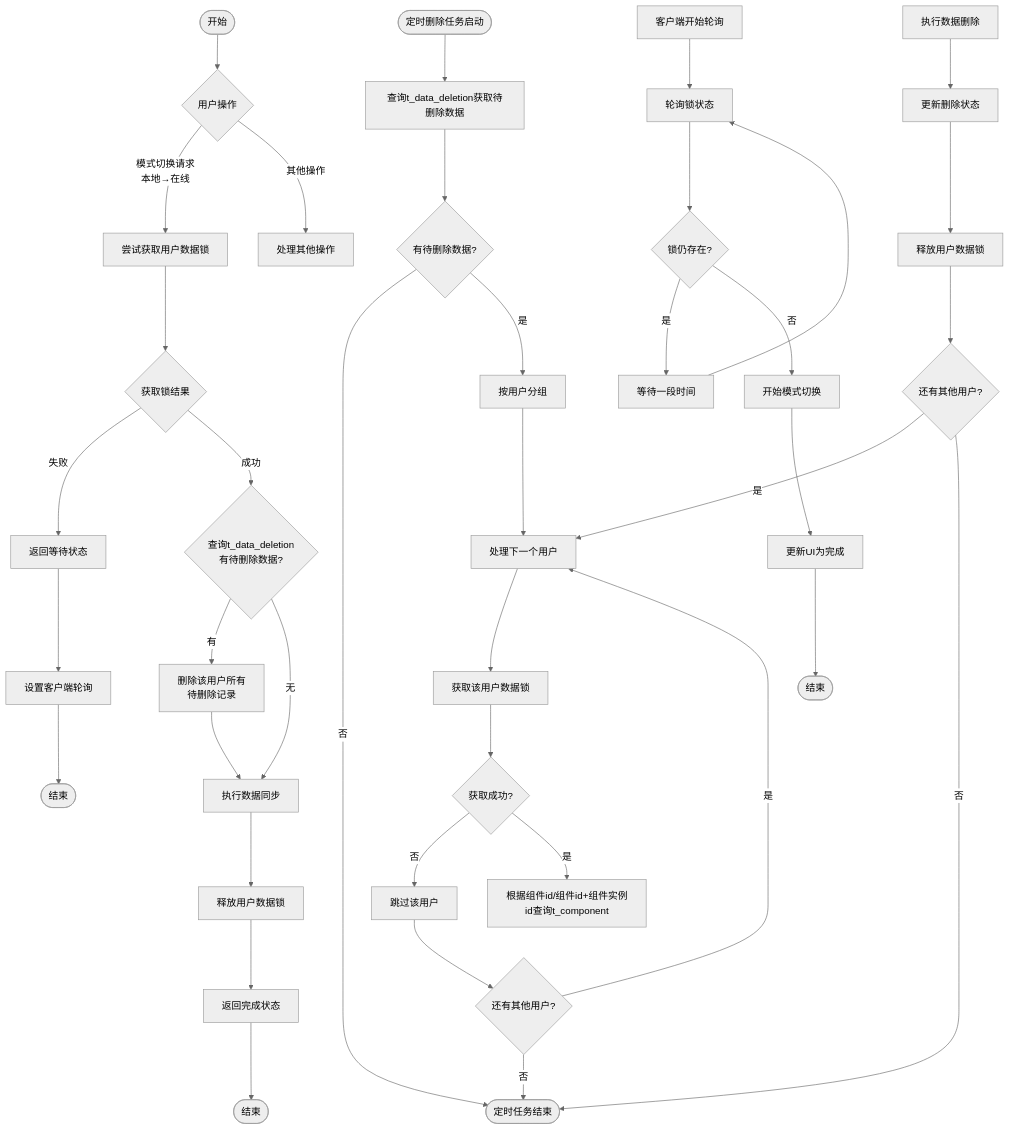
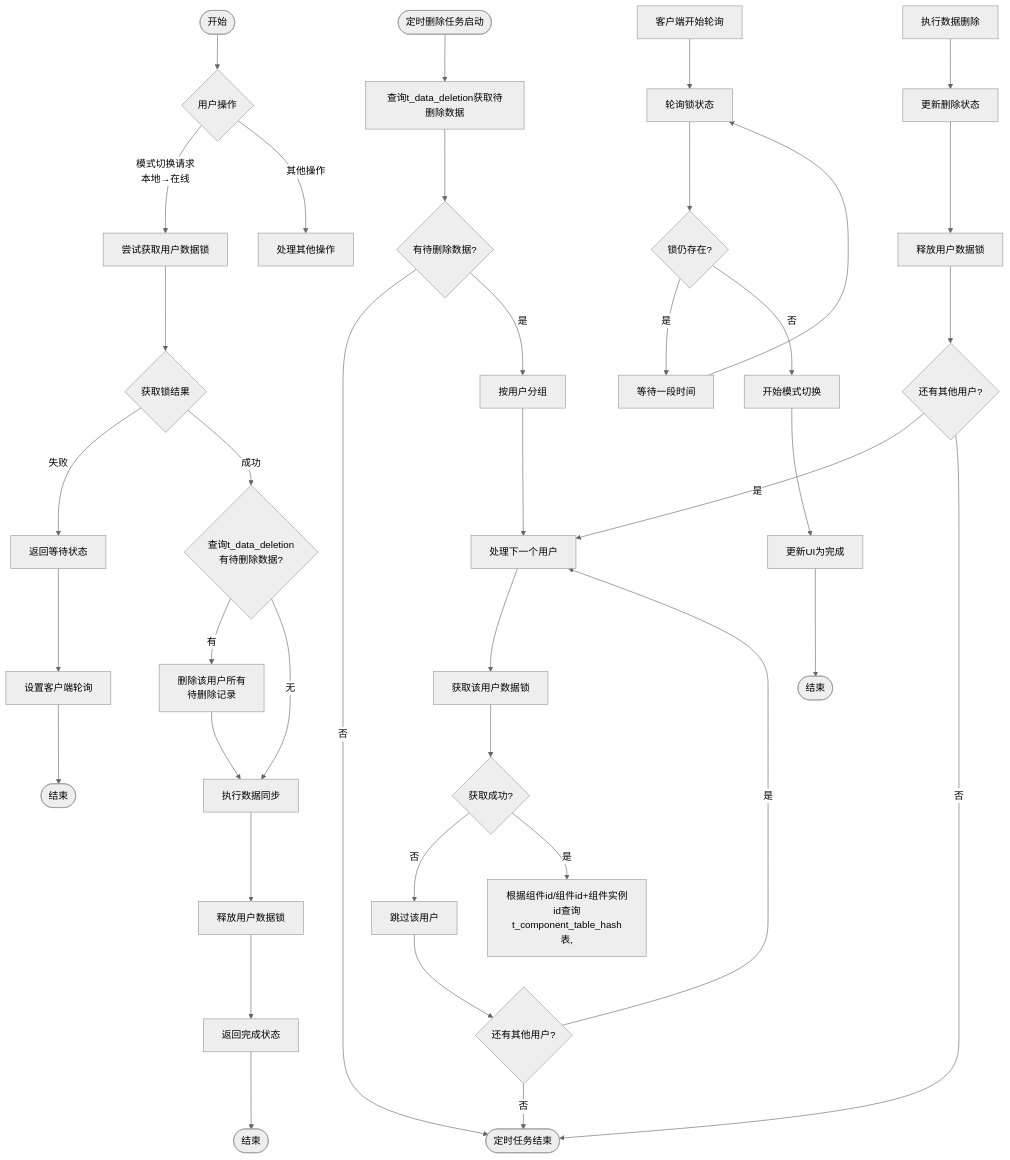
One commit to yingjianzh/iodraw-files changed the diagram in all/未命名-57.md. Above: the diagram before and after it, drawn with Mermaid (neutral theme).

Commit message:
2025-05-12 11:21:44 update

````diff
--- a/all/未命名-57.md
+++ b/all/未命名-57.md
@@ -1,61 +1,61 @@
 ```mermaid
 flowchart TD
     %% 主要分支
     Start([开始]) --> UserAction{用户操作}
     UserAction -->|模式切换请求\n本地→在线| TryLock[尝试获取用户数据锁]
     UserAction -->|其他操作| OtherOps[处理其他操作]
     
     %% 定时删除任务分支
     ScheduledTask([定时删除任务启动]) --> QueryDeletions[查询t_data_deletion获取待删除数据]
     QueryDeletions --> HasTasks{有待删除数据?}
     HasTasks -->|否| TaskEnd([定时任务结束])
     HasTasks -->|是| GroupByUser[按用户分组]
     
     %% 处理用户数据删除
     GroupByUser --> ProcessNextUser[处理下一个用户]
     ProcessNextUser --> AcquireLock[获取该用户数据锁]
     AcquireLock --> LockSuccess{获取成功?}
     
     LockSuccess -->|否| SkipUser[跳过该用户]
     SkipUser --> MoreUsers1{还有其他用户?}
     MoreUsers1 -->|是| ProcessNextUser
     MoreUsers1 -->|否| TaskEnd
     
-    LockSuccess -->|是| GetData[根据组件id/组件id+组件实例id查询t_component]
+    LockSuccess -->|是| GetData[根据组件id/组件id+组件实例id查询t_component_table_hash表,]
     
     DeleteData[执行数据删除]
     DeleteData --> UpdateStatus[更新删除状态]
     UpdateStatus --> ReleaseLock[释放用户数据锁]
     ReleaseLock --> MoreUsers2{还有其他用户?}
     MoreUsers2 -->|是| ProcessNextUser
     MoreUsers2 -->|否| TaskEnd
     
     %% 模式切换流程
     TryLock --> LockResult{获取锁结果}
     
     LockResult -->|失败| ReturnWaiting[返回等待状态]
     ReturnWaiting --> SetupPolling[设置客户端轮询]
     SetupPolling --> End1([结束])
     
     LockResult -->|成功| CheckPendingDeletion{查询t_data_deletion\n有待删除数据?}
     
     CheckPendingDeletion -->|有| RemoveDeletionRecords[删除该用户所有\n待删除记录]
     RemoveDeletionRecords --> PerformSync[执行数据同步]
     
     CheckPendingDeletion -->|无| PerformSync
     
     PerformSync --> ReleaseSwitchLock[释放用户数据锁]
     ReleaseSwitchLock --> ReturnComplete[返回完成状态]
     ReturnComplete --> End2([结束])
     
     %% 客户端轮询
     ClientPolling[客户端开始轮询] --> PollLockStatus[轮询锁状态]
     PollLockStatus --> StillLocked{锁仍存在?}
     
     StillLocked -->|是| WaitInterval[等待一段时间]
     WaitInterval --> PollLockStatus
     
     StillLocked -->|否| StartSwitch[开始模式切换]
     StartSwitch --> CompleteUI[更新UI为完成]
     CompleteUI --> End3([结束])
 ```
````
